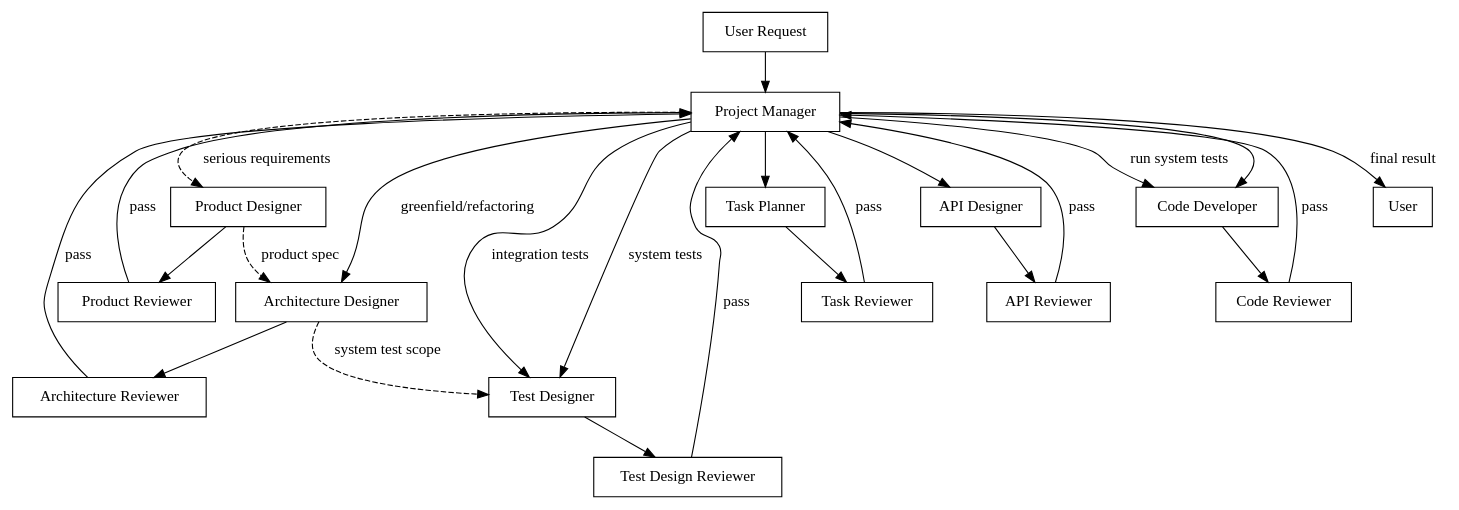
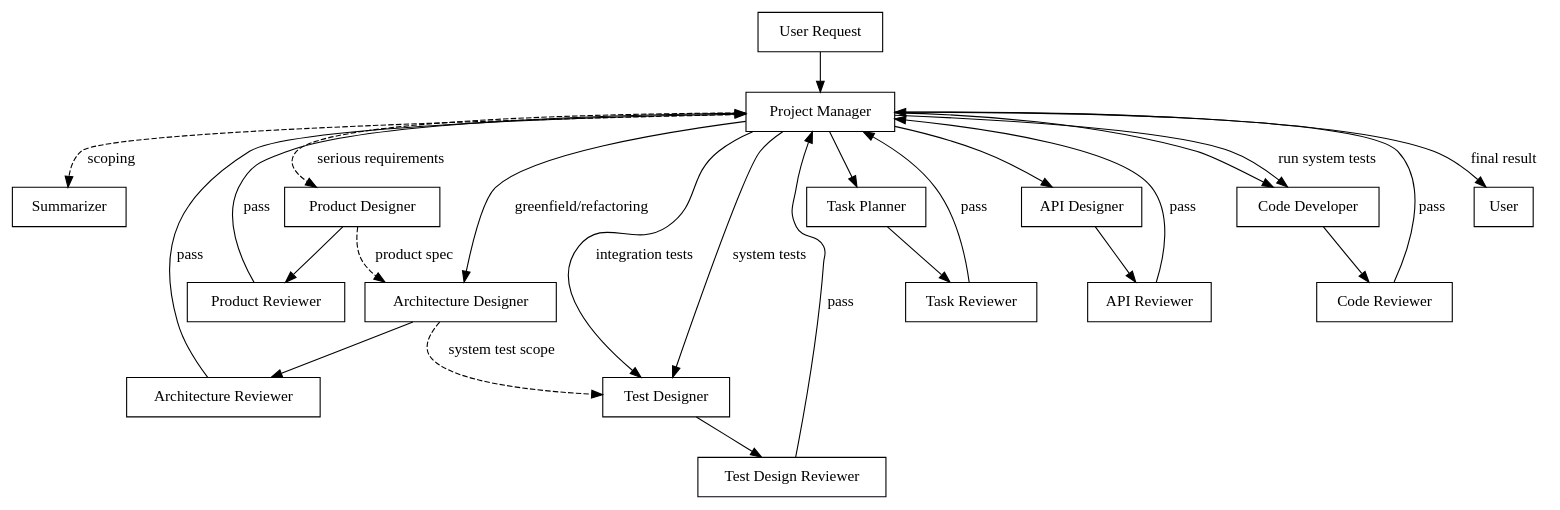
The diagram in system.md (Qume2005/development-team), drawn with Graphviz before and after one commit. The commit also changed other lines of this file and 19 other files, not shown here.

````diff
--- a/system.md
+++ b/system.md
@@ -7,30 +7,31 @@
 ```dot
 digraph context_flow {
   rankdir=TB;
   node [shape=box];
   "User Request" -> "Project Manager";
+  "Project Manager" -> "Summarizer" [label="scoping", style=dashed];
   "Project Manager" -> "Product Designer" [label="serious requirements", style=dashed];
   "Product Designer" -> "Product Reviewer";
   "Product Reviewer" -> "Project Manager" [label="pass"];
   "Project Manager" -> "Architecture Designer" [label="greenfield/refactoring"];
   "Architecture Designer" -> "Architecture Reviewer";
   "Architecture Reviewer" -> "Project Manager" [label="pass"];
   "Project Manager" -> "Task Planner";
   "Task Planner" -> "Task Reviewer";
   "Task Reviewer" -> "Project Manager" [label="pass"];
   "Project Manager" -> "API Designer";
   "API Designer" -> "API Reviewer";
   "API Reviewer" -> "Project Manager" [label="pass"];
   "Project Manager" -> "Test Designer" [label="integration tests"];
   "Test Designer" -> "Test Design Reviewer";
   "Test Design Reviewer" -> "Project Manager" [label="pass"];
   "Project Manager" -> "Code Developer";
   "Code Developer" -> "Code Reviewer";
   "Code Reviewer" -> "Project Manager" [label="pass"];
   "Project Manager" -> "Test Designer" [label="system tests"];
   "Project Manager" -> "Code Developer" [label="run system tests"];
   "Project Manager" -> "User" [label="final result"];
   "Architecture Designer" -> "Test Designer" [label="system test scope", style=dashed];
   "Product Designer" -> "Architecture Designer" [label="product spec", style=dashed];
 }
 ```
````
